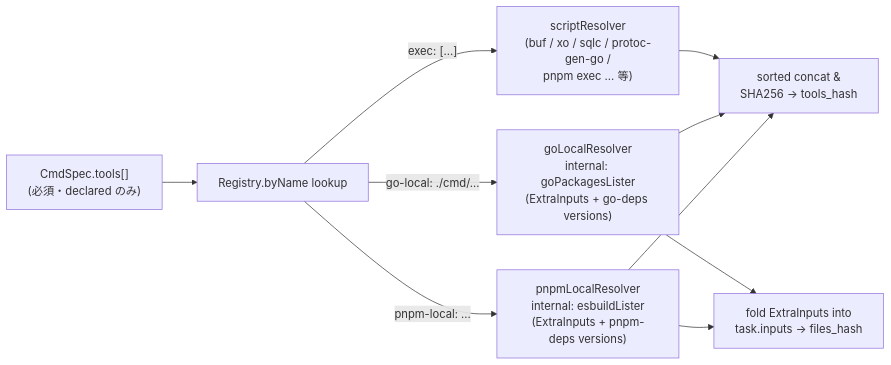
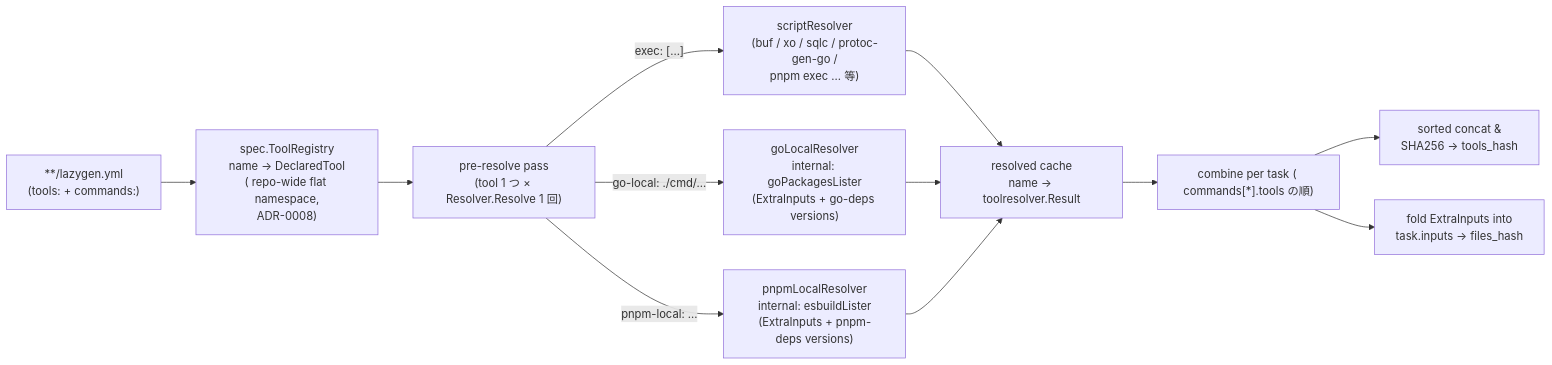
Before and after one commit to izumin5210/sloff: the second of 3 diagrams in docs/design/architecture.md, drawn with Mermaid. The commit also changed other lines of this file and 40 other files, not shown here.

First line of the commit message:
feat(spec): tool as first-class entity (ADR-0008)

````diff
--- a/docs/design/architecture.md
+++ b/docs/design/architecture.md
@@ -315,12 +322,14 @@
 ```mermaid
 flowchart LR
-    SPEC["CmdSpec.tools[]<br/>(必須・declared のみ)"] --> DISP["Registry.byName lookup"]
-    DISP -->|"exec: [...]"| SCRIPT["scriptResolver<br/>(buf / xo / sqlc / protoc-gen-go /<br/>pnpm exec ... 等)"]
-    DISP -->|"go-local: ./cmd/..."| GOLOC["goLocalResolver<br/>internal: goPackagesLister<br/>(ExtraInputs + go-deps versions)"]
-    DISP -->|"pnpm-local: ..."| PNPMLOC["pnpmLocalResolver<br/>internal: esbuildLister<br/>(ExtraInputs + pnpm-deps versions)"]
-    SCRIPT --> CONCAT["sorted concat &<br/>SHA256 → tools_hash"]
-    GOLOC --> CONCAT
-    GOLOC --> INPUTS["fold ExtraInputs into<br/>task.inputs → files_hash"]
-    PNPMLOC --> CONCAT
-    PNPMLOC --> INPUTS
+    YAML["**/lazygen.yml<br/>(tools: + commands:)"] --> REG["spec.ToolRegistry<br/>name → DeclaredTool<br/>( repo-wide flat namespace,<br/>ADR-0008)"]
+    REG --> PRE["pre-resolve pass<br/>(tool 1 つ × Resolver.Resolve 1 回)"]
+    PRE -->|"exec: [...]"| SCRIPT["scriptResolver<br/>(buf / xo / sqlc / protoc-gen-go /<br/>pnpm exec ... 等)"]
+    PRE -->|"go-local: ./cmd/..."| GOLOC["goLocalResolver<br/>internal: goPackagesLister<br/>(ExtraInputs + go-deps versions)"]
+    PRE -->|"pnpm-local: ..."| PNPMLOC["pnpmLocalResolver<br/>internal: esbuildLister<br/>(ExtraInputs + pnpm-deps versions)"]
+    SCRIPT --> CACHE["resolved cache<br/>name → toolresolver.Result"]
+    GOLOC --> CACHE
+    PNPMLOC --> CACHE
+    CACHE --> COMBINE["combine per task ( commands[*].tools の順)"]
+    COMBINE --> CONCAT["sorted concat &<br/>SHA256 → tools_hash"]
+    COMBINE --> INPUTS["fold ExtraInputs into<br/>task.inputs → files_hash"]
 ```
````
